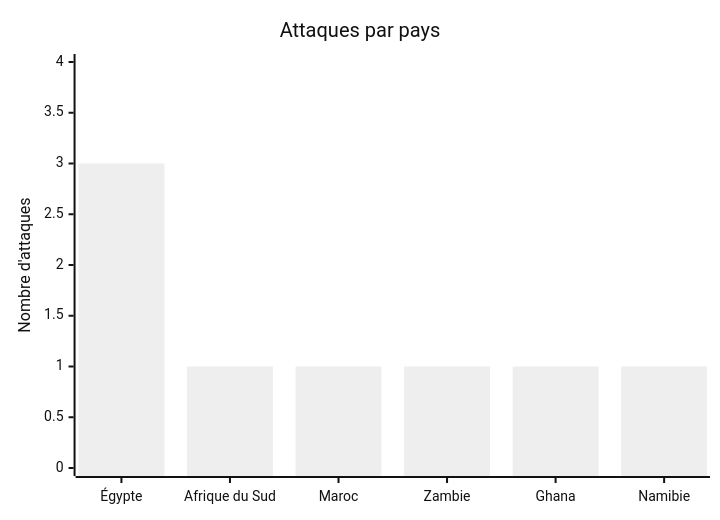
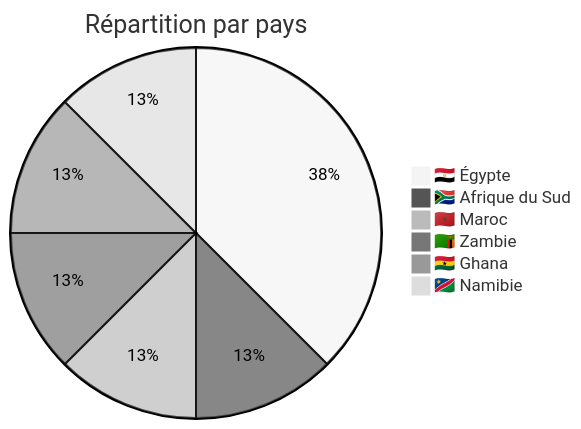
The third of 5 diagrams in reports/2025/02-february/README_FR.md (Hatchepsoute/AFRINTEL), drawn with Mermaid (neutral theme) before and after one commit. The commit also changed other lines of this file and 7 other files, not shown here.

````diff
--- a/reports/2025/02-february/README_FR.md
+++ b/reports/2025/02-february/README_FR.md
@@ -70,7 +72,9 @@
 ```mermaid
-xychart-beta
-    title "Attaques par pays"
-    x-axis ["Égypte", "Afrique du Sud", "Maroc", "Zambie", "Ghana", "Namibie"]
-    y-axis "Nombre d'attaques" 0 --> 4
-    bar [3, 1, 1, 1, 1, 1]
+pie title Répartition par pays
+    "🇪🇬 Égypte" : 3
+    "🇿🇦 Afrique du Sud" : 1
+    "🇲🇦 Maroc" : 1
+    "🇿🇲 Zambie" : 1
+    "🇬🇭 Ghana" : 1
+    "🇳🇦 Namibie" : 1
 ```
````
